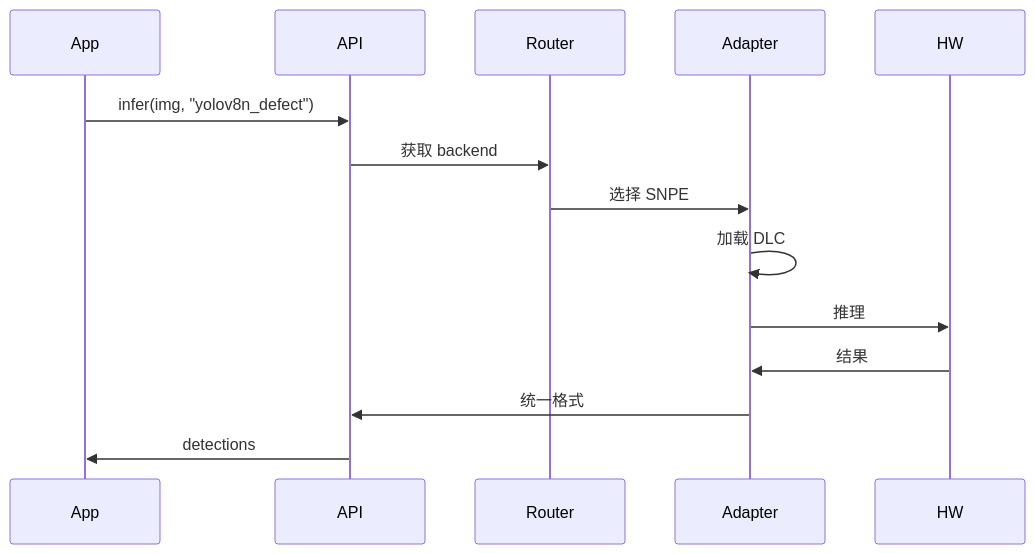
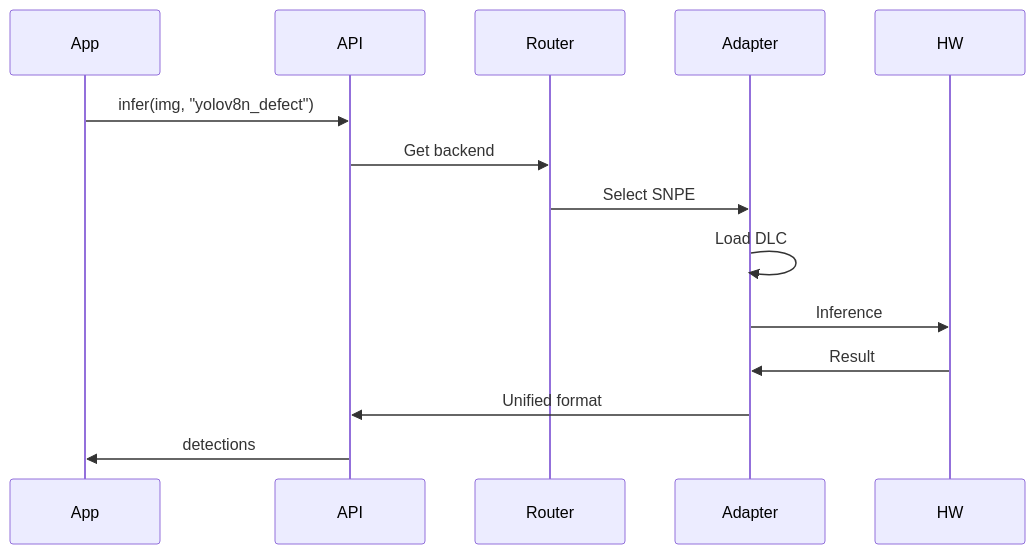
One commit to JeffRen1977/smartCamera changed the second of 2 diagrams in docs/architecture/04_hal_layer.md. Above: the diagram before and after it, drawn with Mermaid. The commit also changed other lines of this file and 36 other files, not shown here.

````diff
--- a/docs/architecture/04_hal_layer.md
+++ b/docs/architecture/04_hal_layer.md
@@ -110,17 +110,17 @@
 ```mermaid
 sequenceDiagram
     participant App
     participant API
     participant Router
     participant Adapter
     participant HW
 
     App->>API: infer(img, "yolov8n_defect")
-    API->>Router: 获取 backend
-    Router->>Adapter: 选择 SNPE
-    Adapter->>Adapter: 加载 DLC
-    Adapter->>HW: 推理
-    HW->>Adapter: 结果
-    Adapter->>API: 统一格式
+    API->>Router: Get backend
+    Router->>Adapter: Select SNPE
+    Adapter->>Adapter: Load DLC
+    Adapter->>HW: Inference
+    HW->>Adapter: Result
+    Adapter->>API: Unified format
     API->>App: detections
 ```
````
